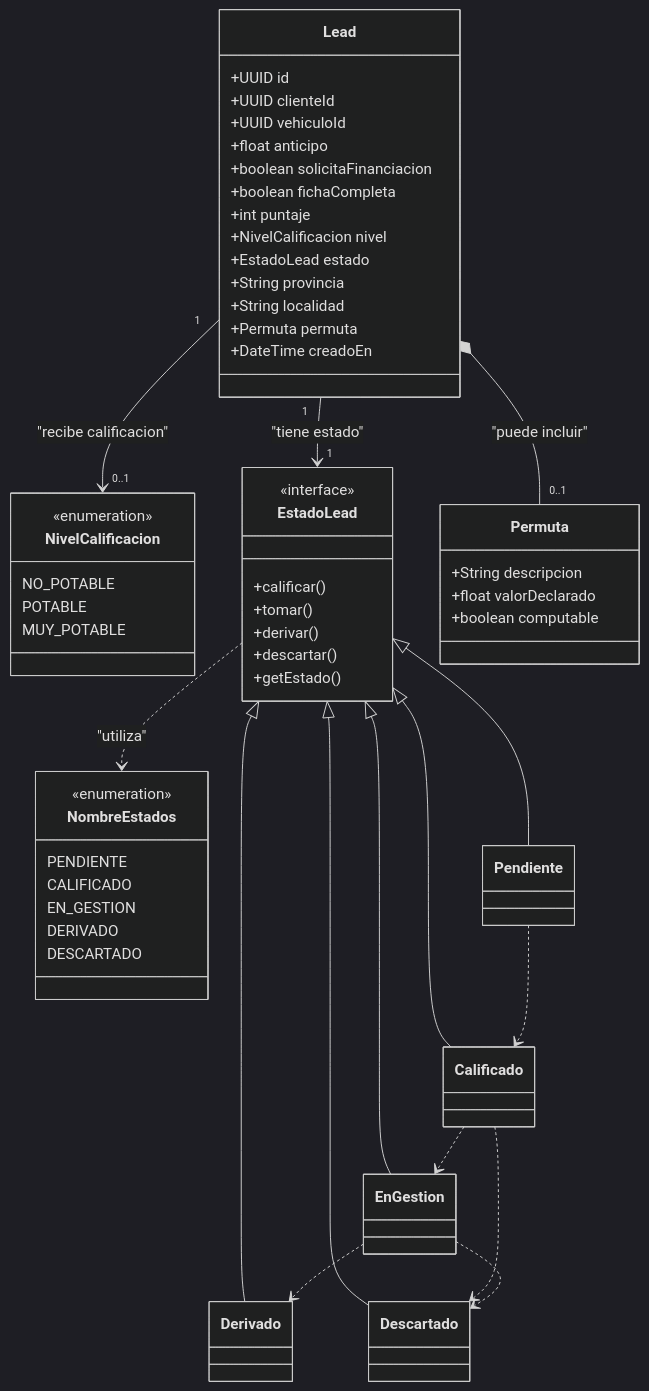
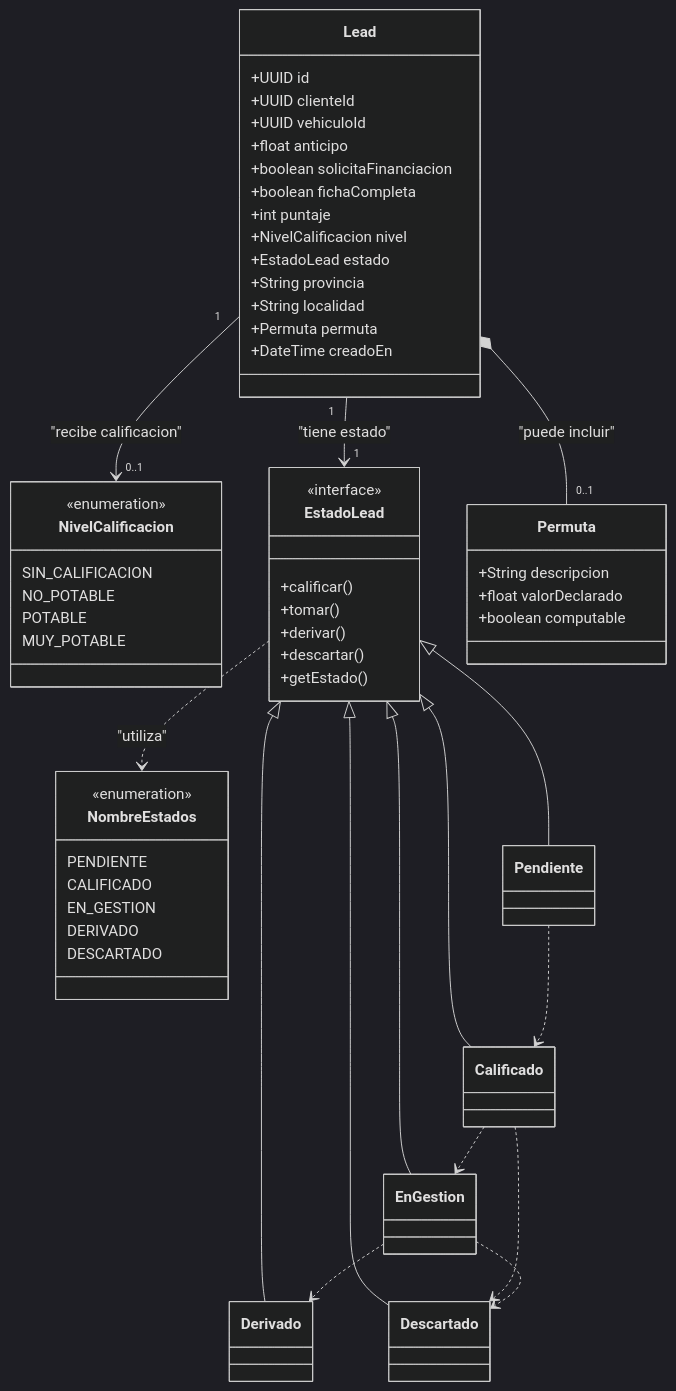
Before and after one commit to naimgaunaa/LeadsMicroservice: the diagram in docs/diagrams/diagrama_clases.mmd, drawn with Mermaid (dark theme). The commit also changed 9 other files, not shown here.

```diff
--- a/docs/diagrams/diagrama_clases.mmd
+++ b/docs/diagrams/diagrama_clases.mmd
@@ -1,73 +1,74 @@
 classDiagram
     %% --- Catálogos y enumeraciones ---
     class NivelCalificacion {
         <<enumeration>>
+        SIN_CALIFICACION
         NO_POTABLE
         POTABLE
         MUY_POTABLE
     }
     class NombreEstados{
         <<enumeration>>
         PENDIENTE
         CALIFICADO
         EN_GESTION
         DERIVADO
         DESCARTADO
     }
 
     class EstadoLead {
         <<interface>>
         +calificar()
         +tomar()
         +derivar()
         +descartar()
         +getEstado()
     }
 
     class Pendiente { }
     class Calificado { }
     class EnGestion { }
     class Derivado { }
     class Descartado { }
 
     %% --- Patrón State ---
     EstadoLead <|-- Pendiente
     EstadoLead <|-- Calificado
     EstadoLead <|-- EnGestion
     EstadoLead <|-- Derivado
     EstadoLead <|-- Descartado
 
     Pendiente ..> Calificado
     Calificado ..> EnGestion
     Calificado ..> Descartado
     EnGestion ..> Derivado
     EnGestion ..> Descartado
 
     %% --- Entidades de negocio del servicio leads ---
     class Permuta {
         +String descripcion
         +float valorDeclarado
         +boolean computable
     }
 
     class Lead {
         +UUID id
         +UUID clienteId
         +UUID vehiculoId
         +float anticipo
         +boolean solicitaFinanciacion
         +boolean fichaCompleta
         +int puntaje
         +NivelCalificacion nivel
         +EstadoLead estado
         +String provincia
         +String localidad
         +Permuta permuta
         +DateTime creadoEn
     }
 
     %% --- Relaciones ---
     Lead *-- "0..1" Permuta : "puede incluir"
     Lead "1" --> "1" EstadoLead : "tiene estado"
     Lead "1" --> "0..1" NivelCalificacion : "recibe calificacion"
     EstadoLead ..> NombreEstados : "utiliza"
```
